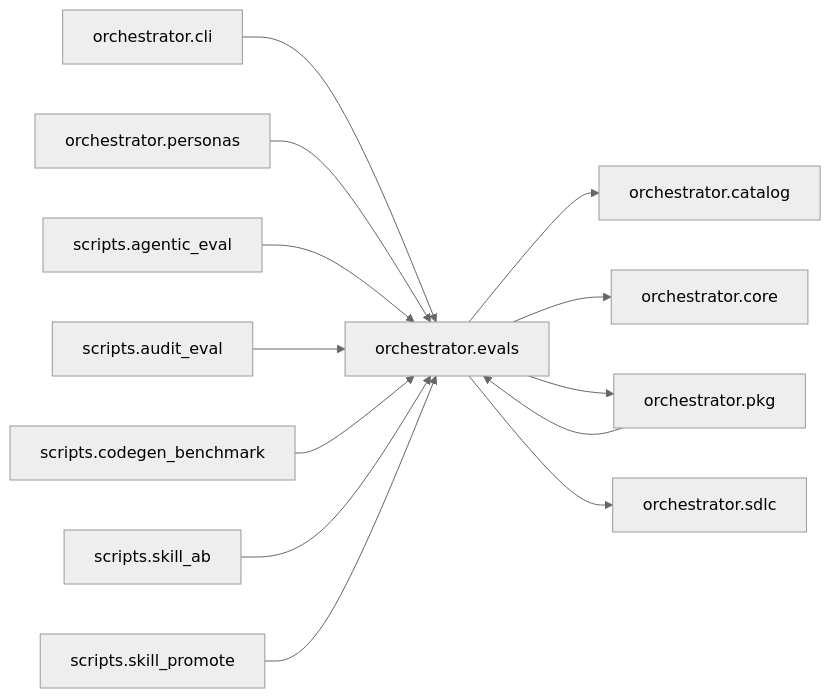
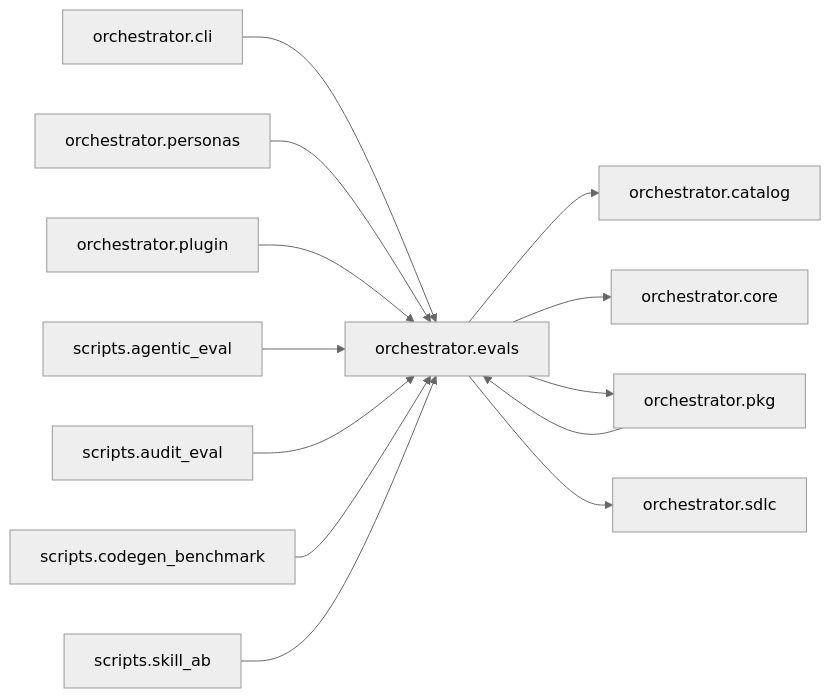
The diagram in episteme/areas/orchestrator.evals.md (synaptixs/spine), drawn with Mermaid (neutral theme) before and after one commit. The commit also changed other lines of this file and 19 other files, not shown here.

````diff
--- a/episteme/areas/orchestrator.evals.md
+++ b/episteme/areas/orchestrator.evals.md
@@ -8,27 +8,27 @@
 ```mermaid
 flowchart LR
   n0["orchestrator.evals"]
   n1["orchestrator.cli"]
   n2["orchestrator.personas"]
   n3["orchestrator.pkg"]
-  n4["scripts.agentic_eval"]
-  n5["scripts.audit_eval"]
-  n6["scripts.codegen_benchmark"]
-  n7["scripts.skill_ab"]
-  n8["scripts.skill_promote"]
+  n4["orchestrator.plugin"]
+  n5["scripts.agentic_eval"]
+  n6["scripts.audit_eval"]
+  n7["scripts.codegen_benchmark"]
+  n8["scripts.skill_ab"]
   n9["orchestrator.catalog"]
   n10["orchestrator.core"]
   n11["orchestrator.sdlc"]
   n1 --> n0
   n2 --> n0
   n3 --> n0
   n4 --> n0
   n5 --> n0
   n6 --> n0
   n7 --> n0
   n8 --> n0
   n0 --> n9
   n0 --> n10
   n0 --> n3
   n0 --> n11
 ```
````
